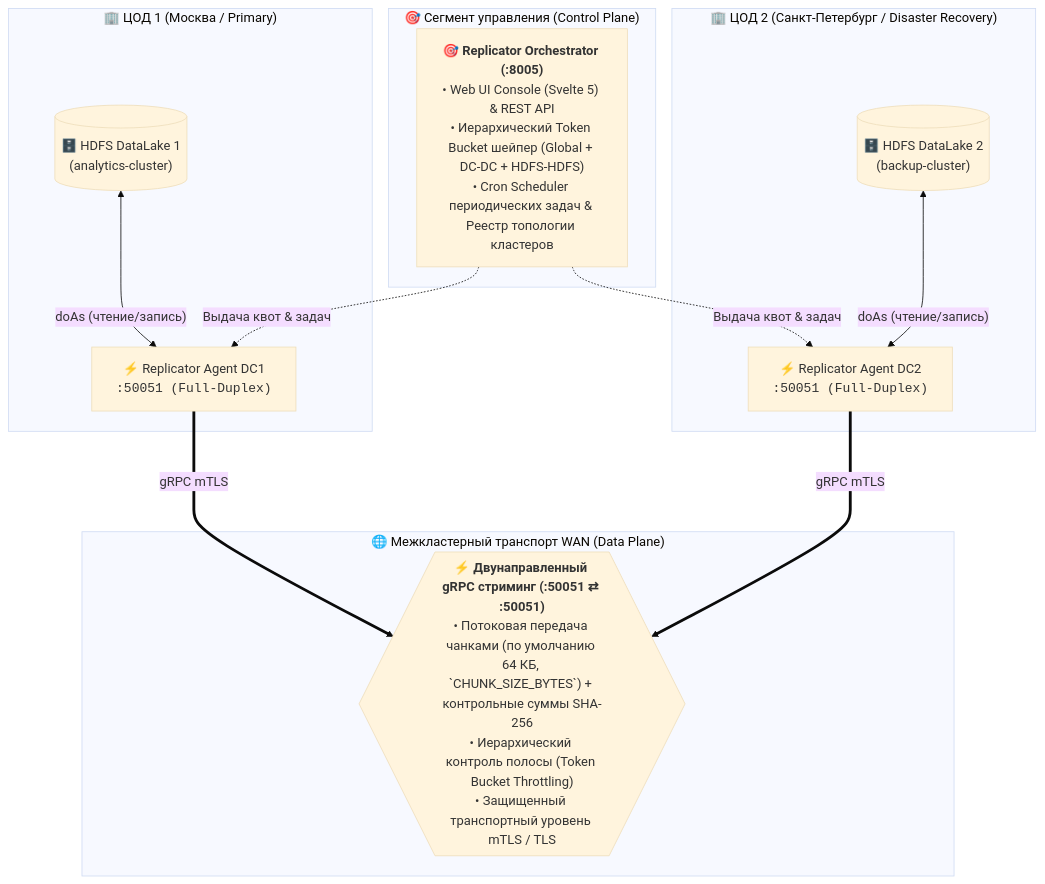
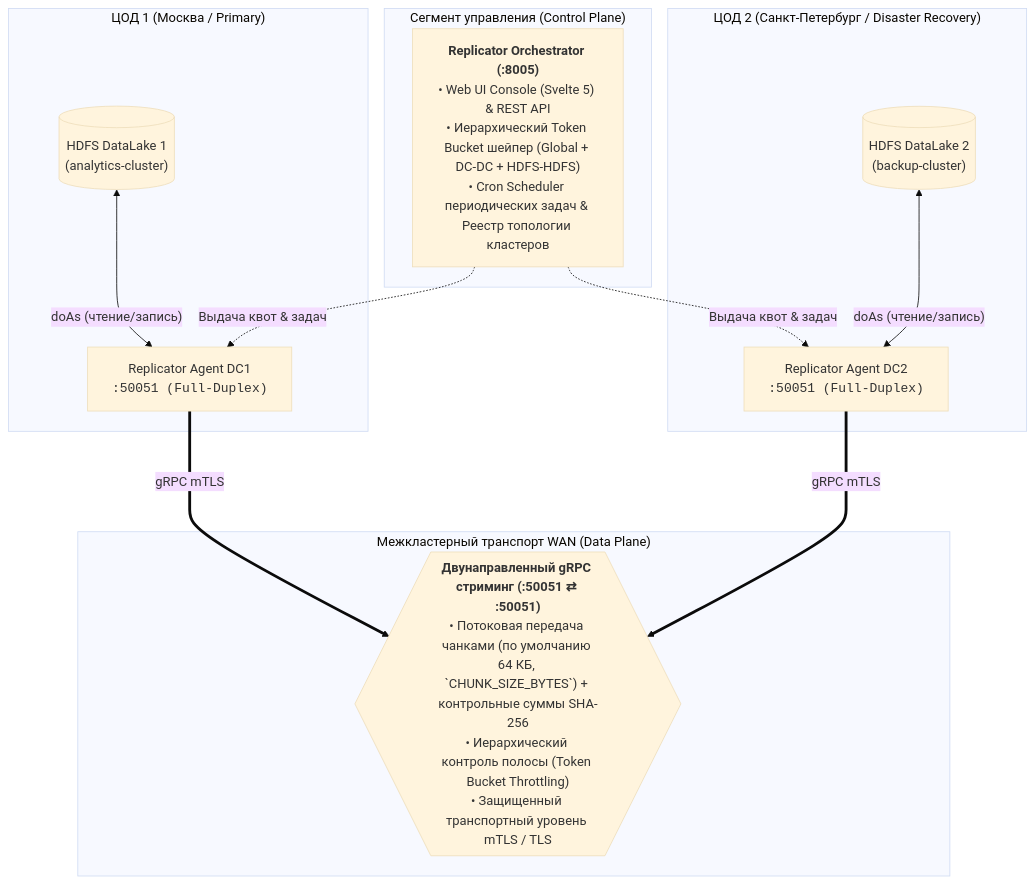
The first of 7 diagrams in docs/replicator-admin-guide.md (balookrd/hadoop-explorer), drawn with Mermaid (base theme) before and after one commit. The commit also changed other lines of this file and 48 other files, not shown here.

````diff
--- a/docs/replicator-admin-guide.md
+++ b/docs/replicator-admin-guide.md
@@ -71,28 +70,28 @@
 ```mermaid
 flowchart TD
-    subgraph MGMT["🎯 Сегмент управления (Control Plane)"]
-        Orch["🎯 <b>Replicator Orchestrator (:8005)</b><br/>• Web UI Console (Svelte 5) & REST API<br/>• Иерархический Token Bucket шейпер (Global + DC-DC + HDFS-HDFS)<br/>• Cron Scheduler периодических задач & Реестр топологии кластеров"]
+    subgraph MGMT["Сегмент управления (Control Plane)"]
+        Orch["<b>Replicator Orchestrator (:8005)</b><br/>• Web UI Console (Svelte 5) & REST API<br/>• Иерархический Token Bucket шейпер (Global + DC-DC + HDFS-HDFS)<br/>• Cron Scheduler периодических задач & Реестр топологии кластеров"]
     end
 
-    subgraph DC1["🏢 ЦОД 1 (Москва / Primary)"]
-        HDFS1[("🗄️ HDFS DataLake 1<br/>(analytics-cluster)")]
-        Agent1["⚡ Replicator Agent DC1<br/><code>:50051 (Full-Duplex)</code>"]
+    subgraph DC1["ЦОД 1 (Москва / Primary)"]
+        HDFS1[("HDFS DataLake 1<br/>(analytics-cluster)")]
+        Agent1["Replicator Agent DC1<br/><code>:50051 (Full-Duplex)</code>"]
         HDFS1 <-->|"doAs (чтение/запись)"| Agent1
     end
 
-    subgraph DC2["🏢 ЦОД 2 (Санкт-Петербург / Disaster Recovery)"]
-        HDFS2[("🗄️ HDFS DataLake 2<br/>(backup-cluster)")]
-        Agent2["⚡ Replicator Agent DC2<br/><code>:50051 (Full-Duplex)</code>"]
+    subgraph DC2["ЦОД 2 (Санкт-Петербург / Disaster Recovery)"]
+        HDFS2[("HDFS DataLake 2<br/>(backup-cluster)")]
+        Agent2["Replicator Agent DC2<br/><code>:50051 (Full-Duplex)</code>"]
         HDFS2 <-->|"doAs (чтение/запись)"| Agent2
     end
 
-    subgraph WAN["🌐 Межкластерный транспорт WAN (Data Plane)"]
-        Stream{{"⚡ <b>Двунаправленный gRPC стриминг (:50051 ⇄ :50051)</b><br/>• Потоковая передача чанками (по умолчанию 64 КБ, `CHUNK_SIZE_BYTES`) + контрольные суммы SHA-256<br/>• Иерархический контроль полосы (Token Bucket Throttling)<br/>• Защищенный транспортный уровень mTLS / TLS"}}
+    subgraph WAN["Межкластерный транспорт WAN (Data Plane)"]
+        Stream{{"<b>Двунаправленный gRPC стриминг (:50051 ⇄ :50051)</b><br/>• Потоковая передача чанками (по умолчанию 64 КБ, `CHUNK_SIZE_BYTES`) + контрольные суммы SHA-256<br/>• Иерархический контроль полосы (Token Bucket Throttling)<br/>• Защищенный транспортный уровень mTLS / TLS"}}
     end
 
     Orch -.->|"Выдача квот & задач"| Agent1
     Orch -.->|"Выдача квот & задач"| Agent2
 
     Agent1 ===>|"gRPC mTLS"| Stream
     Agent2 ===>|"gRPC mTLS"| Stream
 ```
````
